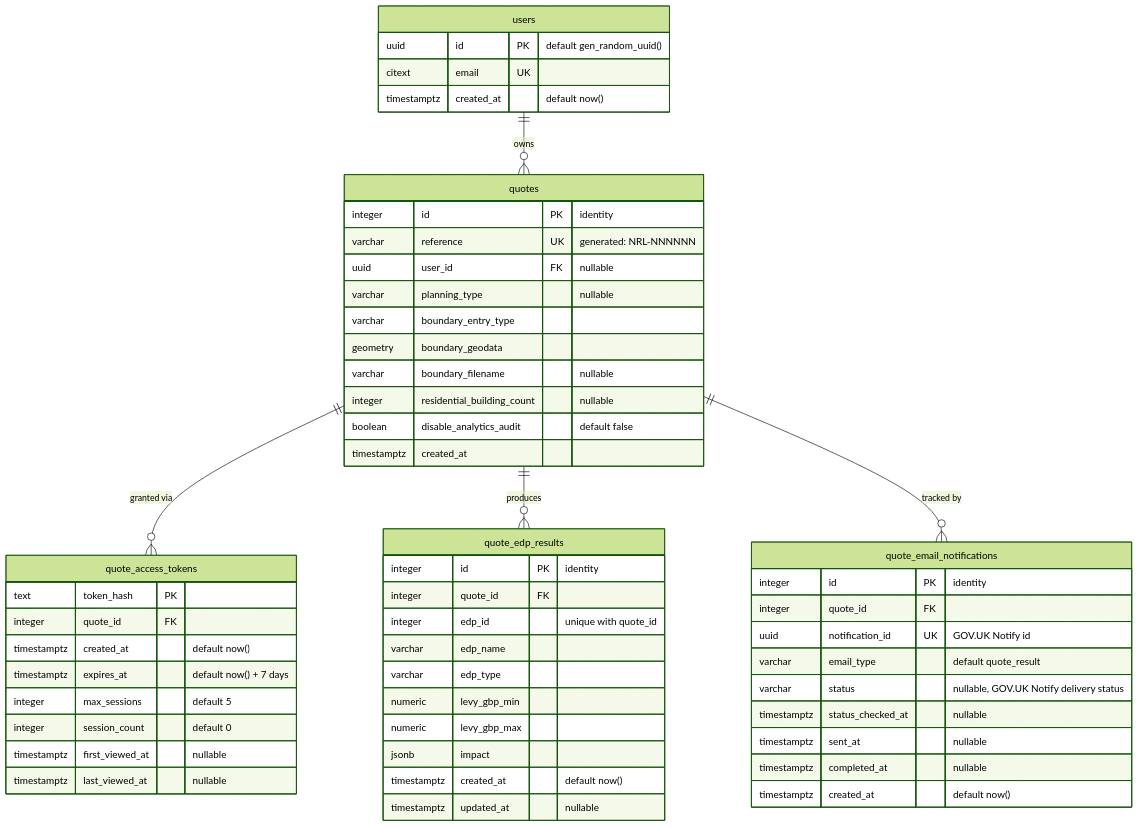
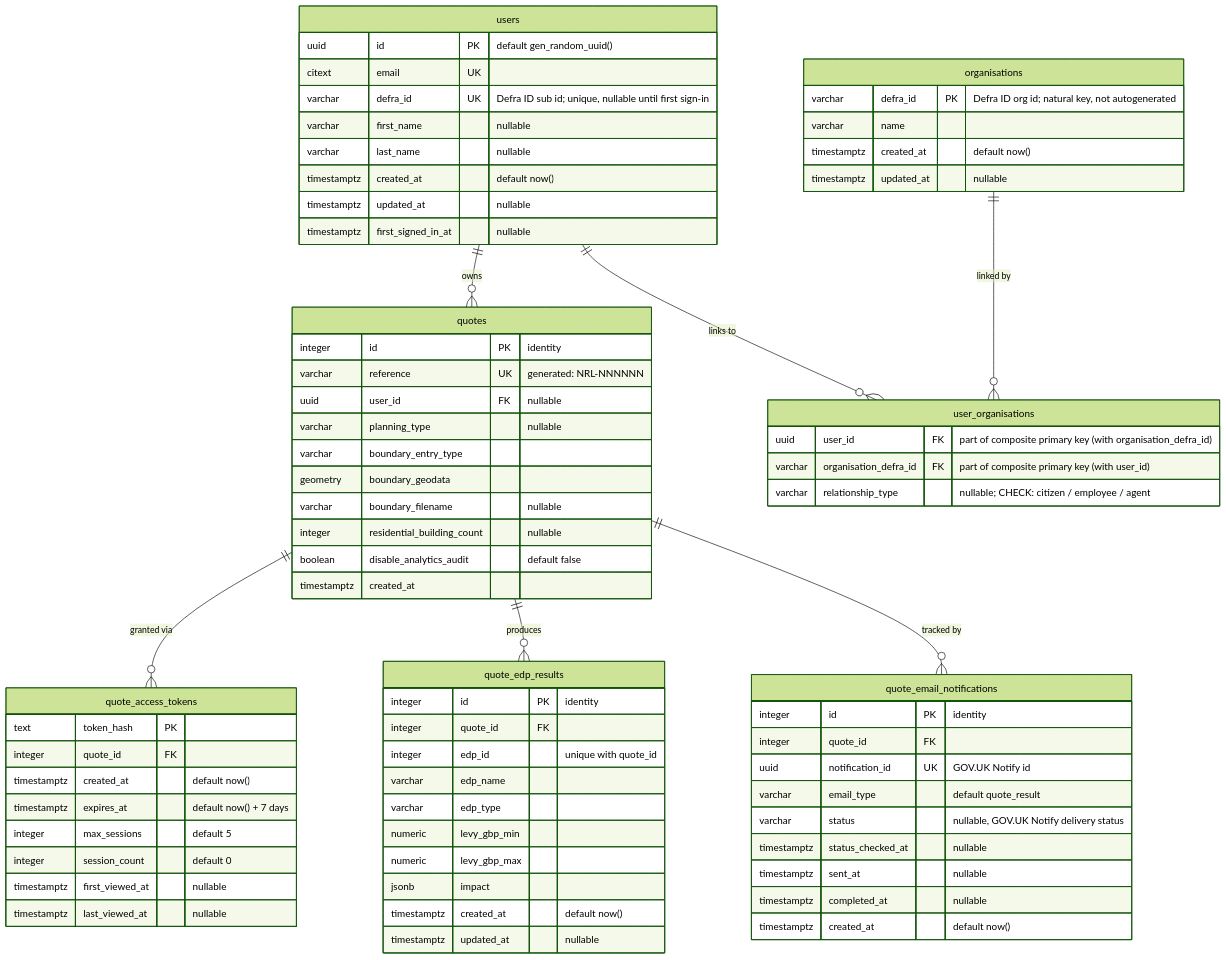
One commit to DEFRA/nrf-backend changed the diagram in docs/quote-database-diagram.md. Above: the diagram before and after it, drawn with Mermaid (forest theme). The commit also changed other lines of this file and 2 other files, not shown here.

Commit message:
DB migration for users tables

````diff
--- a/docs/quote-database-diagram.md
+++ b/docs/quote-database-diagram.md
@@ -10,62 +10,82 @@
 ```mermaid
 erDiagram
     users ||--o{ quotes : "owns"
     quotes ||--o{ quote_access_tokens : "granted via"
     quotes ||--o{ quote_edp_results : "produces"
     quotes ||--o{ quote_email_notifications : "tracked by"
+    users ||--o{ user_organisations : "links to"
+    organisations ||--o{ user_organisations : "linked by"
 
     users {
         uuid id PK "default gen_random_uuid()"
         citext email UK
+        varchar defra_id UK "Defra ID sub id; unique, nullable until first sign-in"
+        varchar first_name "nullable"
+        varchar last_name "nullable"
         timestamptz created_at "default now()"
+        timestamptz updated_at "nullable"
+        timestamptz first_signed_in_at "nullable"
+    }
+
+    organisations {
+        varchar defra_id PK "Defra ID org id; natural key, not autogenerated"
+        varchar name
+        timestamptz created_at "default now()"
+        timestamptz updated_at "nullable"
+    }
+
+    user_organisations {
+        uuid user_id FK "part of composite primary key (with organisation_defra_id)"
+        varchar organisation_defra_id FK "part of composite primary key (with user_id)"
+        varchar relationship_type "nullable; CHECK: citizen / employee / agent"
     }
 
     quotes {
         integer id PK "identity"
         varchar reference UK "generated: NRL-NNNNNN"
         uuid user_id FK "nullable"
         varchar planning_type "nullable"
         varchar boundary_entry_type
         geometry boundary_geodata
         varchar boundary_filename "nullable"
         integer residential_building_count "nullable"
         boolean disable_analytics_audit "default false"
         timestamptz created_at
     }
 
     quote_access_tokens {
         text token_hash PK
         integer quote_id FK
         timestamptz created_at "default now()"
         timestamptz expires_at "default now() + 7 days"
         integer max_sessions "default 5"
         integer session_count "default 0"
         timestamptz first_viewed_at "nullable"
         timestamptz last_viewed_at "nullable"
     }
 
     quote_edp_results {
         integer id PK "identity"
         integer quote_id FK
         integer edp_id "unique with quote_id"
         varchar edp_name
         varchar edp_type
         numeric levy_gbp_min
         numeric levy_gbp_max
         jsonb impact
         timestamptz created_at "default now()"
         timestamptz updated_at "nullable"
     }
 
     quote_email_notifications {
         integer id PK "identity"
         integer quote_id FK
         uuid notification_id UK "GOV.UK Notify id"
         varchar email_type "default quote_result"
         varchar status "nullable, GOV.UK Notify delivery status"
         timestamptz status_checked_at "nullable"
         timestamptz sent_at "nullable"
         timestamptz completed_at "nullable"
         timestamptz created_at "default now()"
     }
 ```
````
